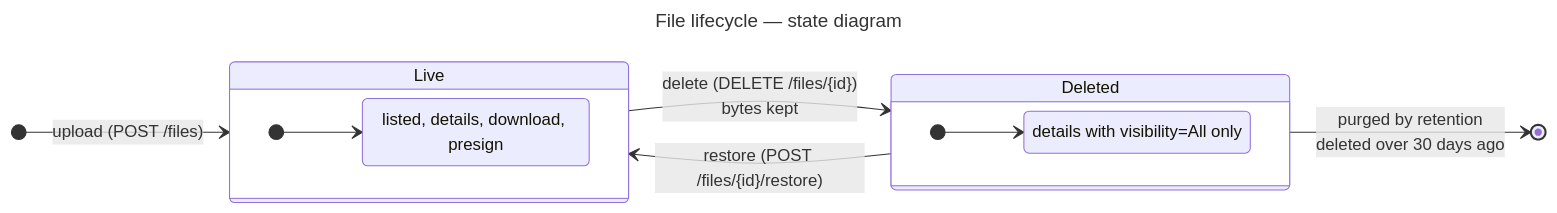
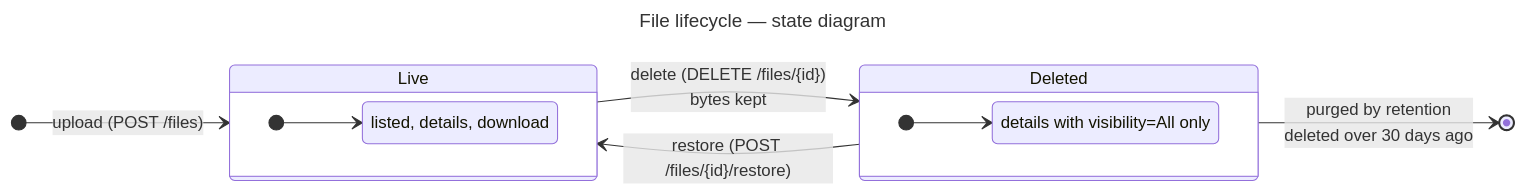
One commit to gmetskhvarishvili/GM.FileStorage.Samples changed the first of 10 diagrams in docs/user-flows.md. Above: the diagram before and after it, drawn with Mermaid. The commit also changed other lines of this file and 19 other files, not shown here.

````diff
--- a/docs/user-flows.md
+++ b/docs/user-flows.md
@@ -13,22 +13,22 @@
 ```mermaid
 ---
 title: File lifecycle — state diagram
 ---
 stateDiagram-v2
     direction LR
     [*] --> Live: upload (POST /files)
     Live --> Deleted: delete (DELETE /files/{id})<br/>bytes kept
     Deleted --> Live: restore (POST /files/{id}/restore)
     Deleted --> [*]: purged by retention<br/>deleted over 30 days ago
 
     state Live {
         direction LR
         [*] --> Listed
-        Listed: listed, details, download, presign
+        Listed: listed, details, download
     }
     state Deleted {
         direction LR
         [*] --> Hidden
         Hidden: details with visibility=All only
     }
 ```
````
